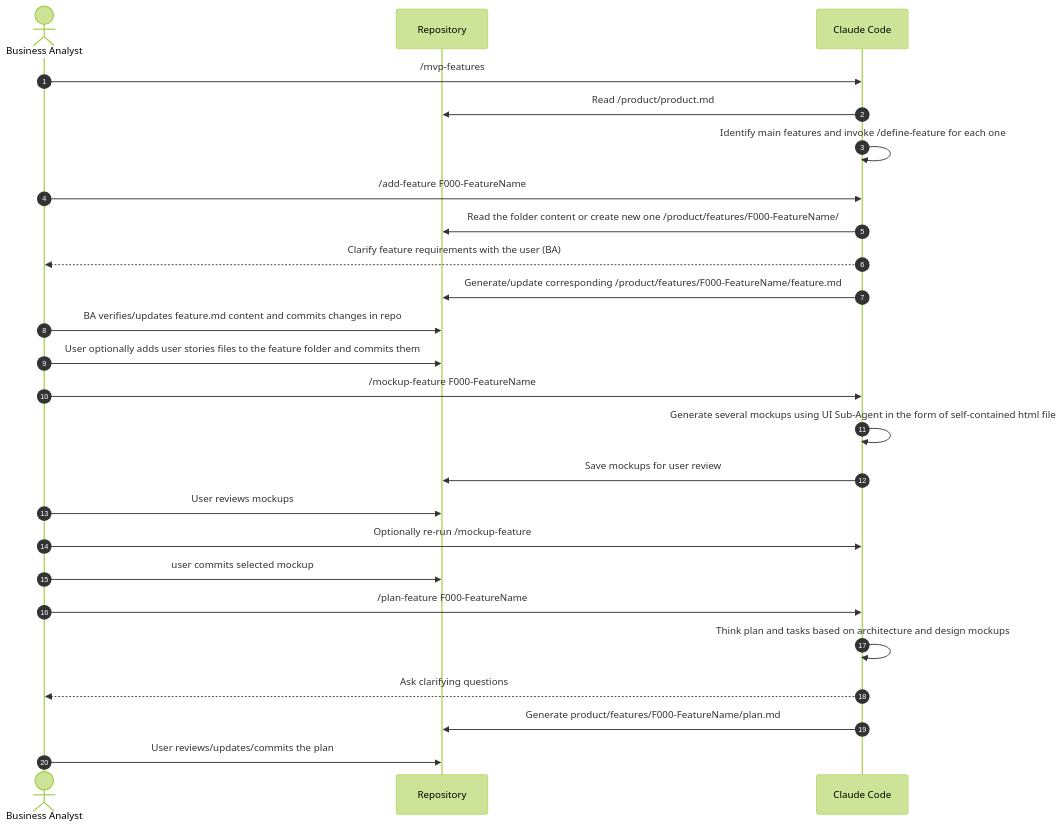
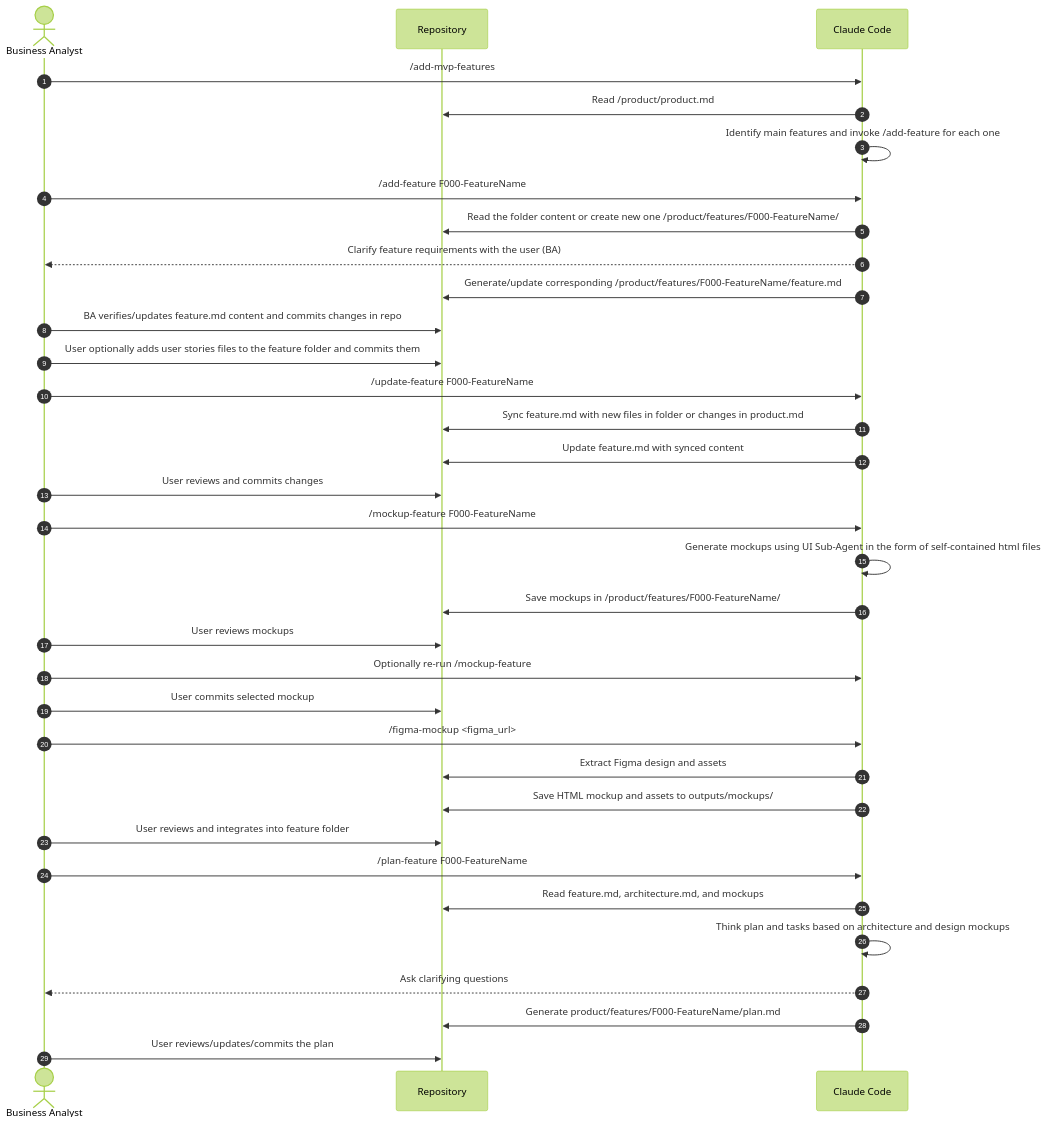
One commit to andpush/product-flow changed the fourth of 5 diagrams in README.md. Above: the diagram before and after it, drawn with Mermaid (forest theme). The commit also changed other lines of this file and 1 other file, not shown here.

````diff
--- a/README.md
+++ b/README.md
@@ -263,36 +265,49 @@
 ```mermaid
 sequenceDiagram
     autonumber
     actor U as Business Analyst
     participant R as Repository
     participant C as Claude Code
 
     %% Derive features from Product definition
-    U->>C: /mvp-features
+    U->>C: /add-mvp-features
     C->>R: Read /product/product.md
-    C->>C: Identify main features and invoke /define-feature for each one
+    C->>C: Identify main features and invoke /add-feature for each one
 
     %% Add Feature
     U->>C: /add-feature F000-FeatureName
     C->>R: Read the folder content or create new one /product/features/F000-FeatureName/
     C-->>U: Clarify feature requirements with the user (BA)
     C->>R: Generate/update corresponding /product/features/F000-FeatureName/feature.md
     U->>R: BA verifies/updates feature.md content and commits changes in repo
     U->>R: User optionally adds user stories files to the feature folder and commits them
 
+    %% Update Feature
+    U->>C: /update-feature F000-FeatureName
+    C->>R: Sync feature.md with new files in folder or changes in product.md
+    C->>R: Update feature.md with synced content
+    U->>R: User reviews and commits changes
+
     %% UI Design Mockups
     U->>C: /mockup-feature F000-FeatureName
-    C->>C: Generate several mockups using UI Sub-Agent in the form of self-contained html file
-    C->>R: Save mockups for user review
+    C->>C: Generate mockups using UI Sub-Agent in the form of self-contained html files
+    C->>R: Save mockups in /product/features/F000-FeatureName/
     U->>R: User reviews mockups
-    U->>C: Optionally re-run /mockup-feature 
-    U->>R: user commits selected mockup
+    U->>C: Optionally re-run /mockup-feature
+    U->>R: User commits selected mockup
+
+    %% Figma-based Mockups (alternative)
+    U->>C: /figma-mockup <figma_url>
+    C->>R: Extract Figma design and assets
+    C->>R: Save HTML mockup and assets to outputs/mockups/
+    U->>R: User reviews and integrates into feature folder
 
     %% Plan feature
     U->>C: /plan-feature F000-FeatureName
+    C->>R: Read feature.md, architecture.md, and mockups
     C->>C: Think plan and tasks based on architecture and design mockups
     C-->>U: Ask clarifying questions
     C->>R: Generate product/features/F000-FeatureName/plan.md
     U->>R: User reviews/updates/commits the plan
-    
+
 ```
````
